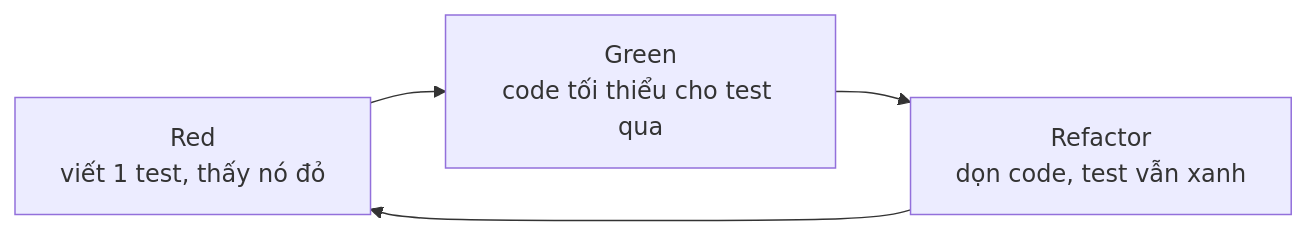
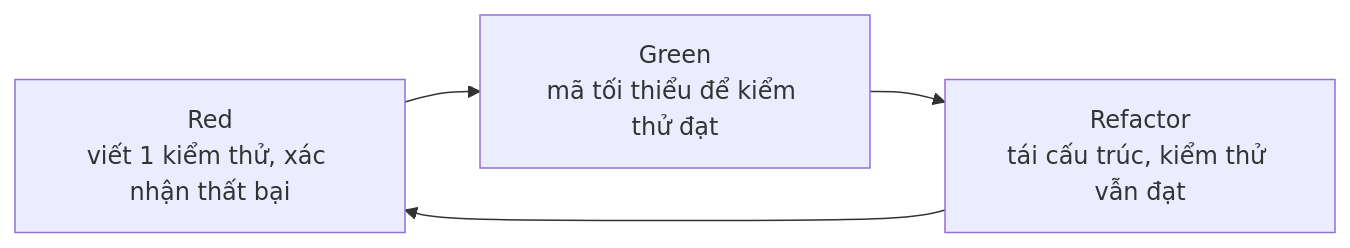
One commit to TienNHM/tiennhm.github.io changed the diagram in blog/2026/2026-10-08-tdd-test-driven-development/index.md. Above: the diagram before and after it, drawn with Mermaid. The commit also changed other lines of this file and 1 other file, not shown here.

First line of the commit message:
Viết lại bài TDD theo văn phong học thuật, đặt trong bối cảnh AI-DLC

````diff
--- a/blog/2026/2026-10-08-tdd-test-driven-development/index.md
+++ b/blog/2026/2026-10-08-tdd-test-driven-development/index.md
@@ -44,6 +41,6 @@
 ```mermaid
 flowchart LR
-    R["Red<br/>viết 1 test, thấy nó đỏ"] --> G["Green<br/>code tối thiểu cho test qua"]
-    G --> F["Refactor<br/>dọn code, test vẫn xanh"]
+    R["Red<br/>viết 1 kiểm thử, xác nhận thất bại"] --> G["Green<br/>mã tối thiểu để kiểm thử đạt"]
+    G --> F["Refactor<br/>tái cấu trúc, kiểm thử vẫn đạt"]
     F --> R
 ```
````
